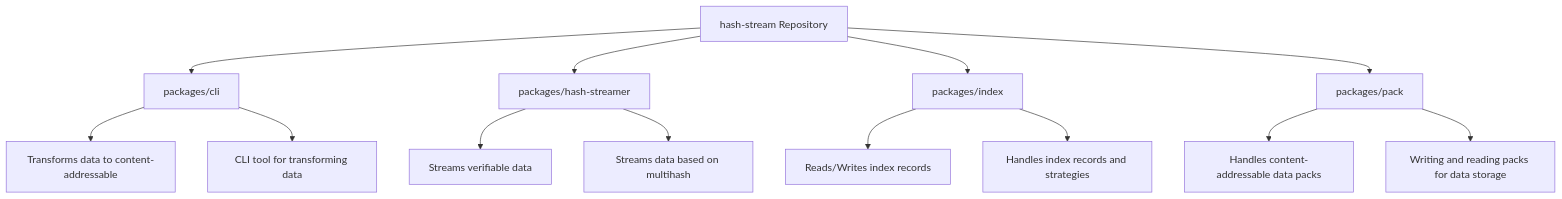
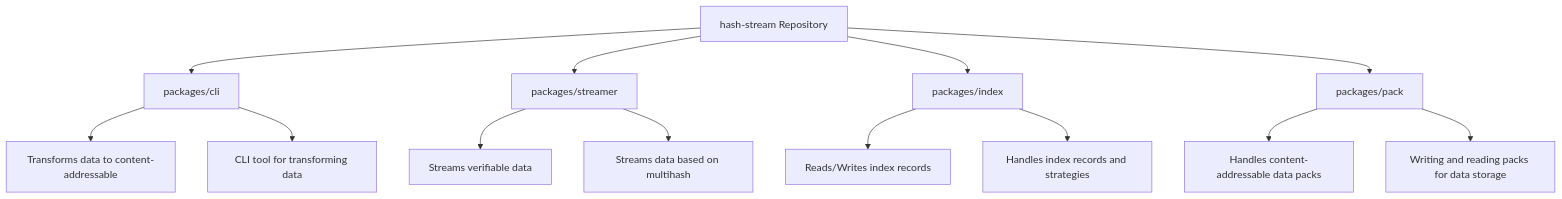
One commit to vasco-santos/hash-stream changed the first of 4 diagrams in README.md. Above: the diagram before and after it, drawn with Mermaid. The commit also changed other lines of this file and 18 other files, not shown here.

Commit message:
fix: rename hash streamer to streamer (#41)

````diff
--- a/README.md
+++ b/README.md
@@ -49,12 +51,12 @@
 ```mermaid
 graph TD
     A[hash-stream Repository] --> B[packages/cli] --> C[Transforms data to content-addressable]
-    A --> D[packages/hash-streamer] --> E[Streams verifiable data]
+    A --> D[packages/streamer] --> E[Streams verifiable data]
     A --> F[packages/index] --> G[Reads/Writes index records]
     A --> H[packages/pack] --> I[Handles content-addressable data packs]
 
     B --> J[CLI tool for transforming data]
     D --> K[Streams data based on multihash]
     F --> L[Handles index records and strategies]
     H --> M[Writing and reading packs for data storage]
 ```
````
